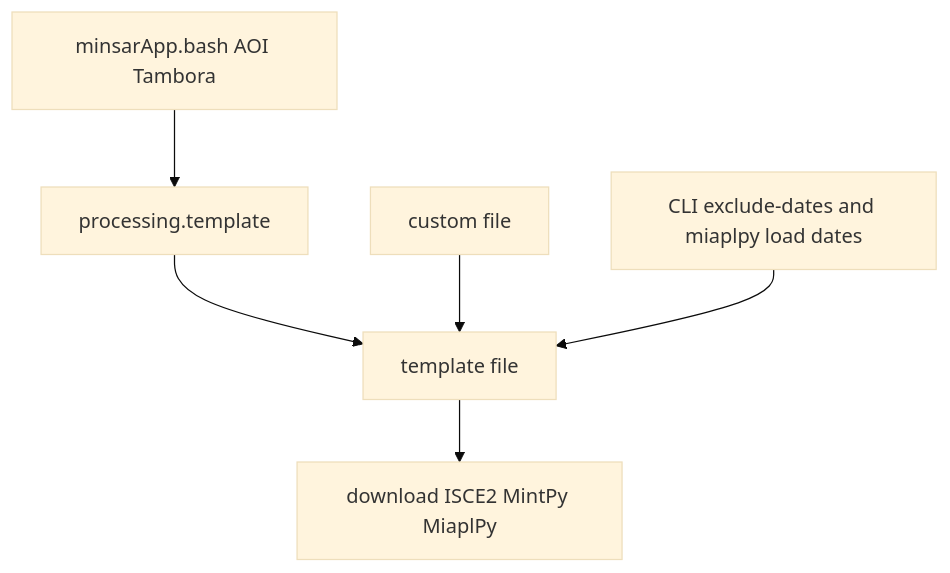
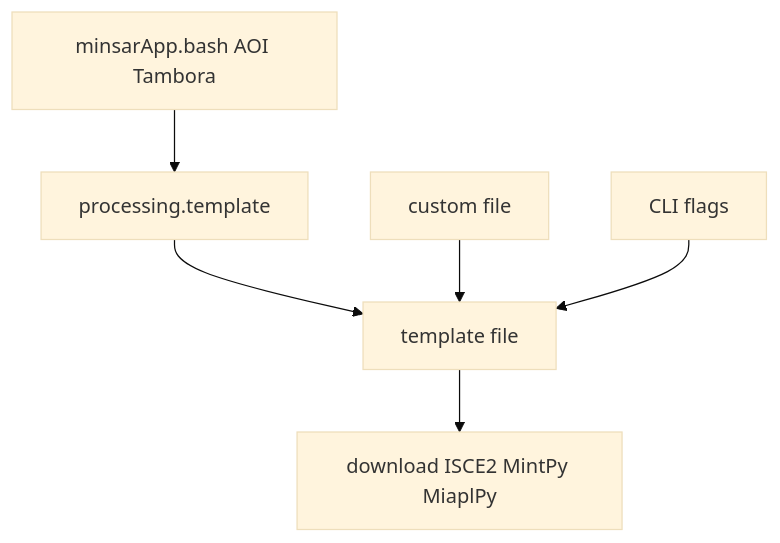
Before and after one commit to geodesymiami/minsar: the diagram in docs/custom_template_options_plan.md, drawn with Mermaid (base theme). The commit also changed other lines of this file, not shown here.

````diff
--- a/docs/custom_template_options_plan.md
+++ b/docs/custom_template_options_plan.md
@@ -124,14 +74,13 @@
 ```mermaid
 flowchart TD
   aoi["minsarApp.bash AOI Tambora"]
   dummy["processing.template"]
   tmpl["template file"]
   custom["custom file"]
-  cli["CLI exclude-dates and miaplpy load dates"]
+  cli["CLI flags"]
   run["download ISCE2 MintPy MiaplPy"]
-  aoi --> dummy
-  dummy --> tmpl
+  aoi --> dummy --> tmpl
   custom --> tmpl
   cli --> tmpl
   tmpl --> run
 ```
````
